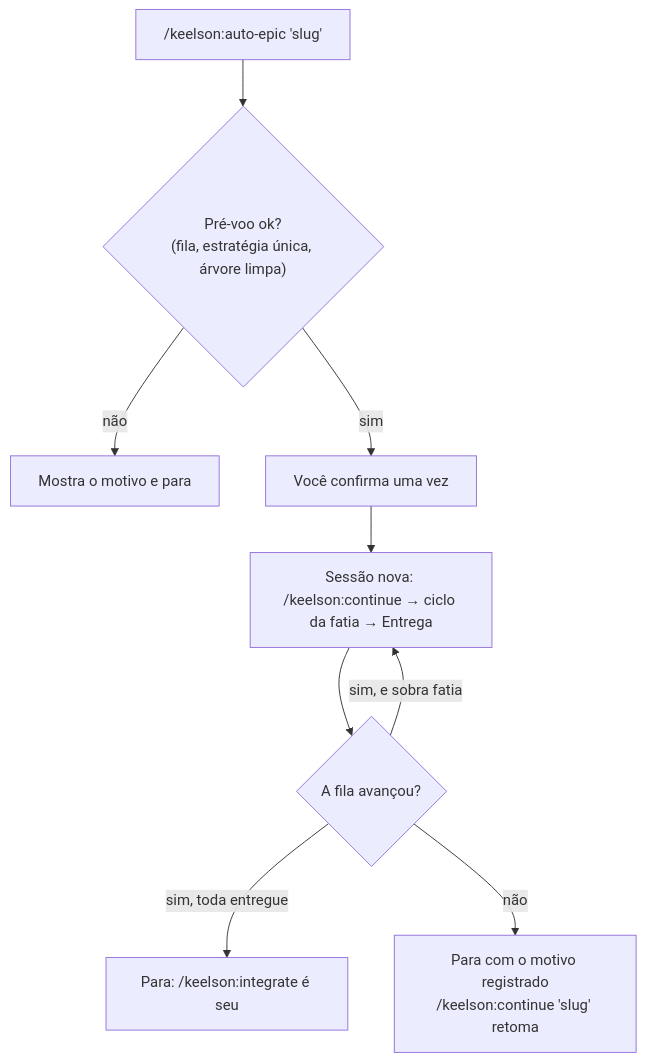
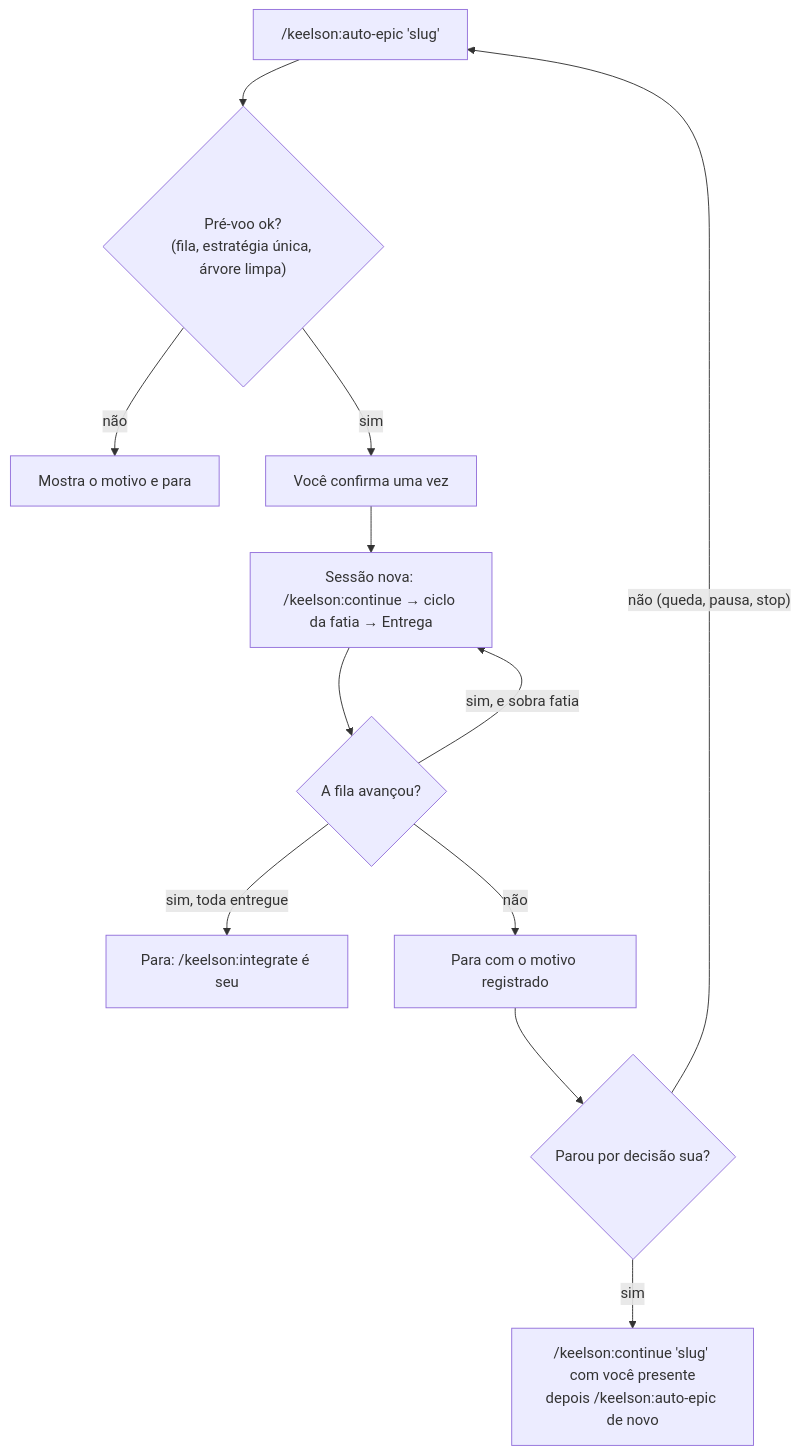
The diagram in docs/wiki/Fluxo-de-epicos.md (fernandopetry/keelson), drawn with Mermaid before and after one commit. The commit also changed other lines of this file and 15 other files, not shown here.

Commit message:
feat(epic): auto-epic resumes a partial slice after a crash, a pause or a stop, waits for the Director on an `aguarda Diretor` stop, retries infrastructure failures and stops gracefully (4.466)

````diff
--- a/docs/wiki/Fluxo-de-epicos.md
+++ b/docs/wiki/Fluxo-de-epicos.md
@@ -107,11 +107,14 @@
 ```mermaid
 flowchart TD
     A["/keelson:auto-epic 'slug'"] --> B{"Pré-voo ok?<br/>(fila, estratégia única, árvore limpa)"}
     B -- "não" --> C["Mostra o motivo e para"]
     B -- "sim" --> D["Você confirma uma vez"]
     D --> E["Sessão nova: /keelson:continue → ciclo da fatia → Entrega"]
     E --> F{"A fila avançou?"}
     F -- "sim, e sobra fatia" --> E
     F -- "sim, toda entregue" --> G["Para: /keelson:integrate é seu"]
-    F -- "não" --> H["Para com o motivo registrado<br/>/keelson:continue 'slug' retoma"]
+    F -- "não" --> H["Para com o motivo registrado"]
+    H --> I{"Parou por decisão sua?"}
+    I -- "sim" --> J["/keelson:continue 'slug' com você presente<br/>depois /keelson:auto-epic de novo"]
+    I -- "não (queda, pausa, stop)" --> A
 ```
````
